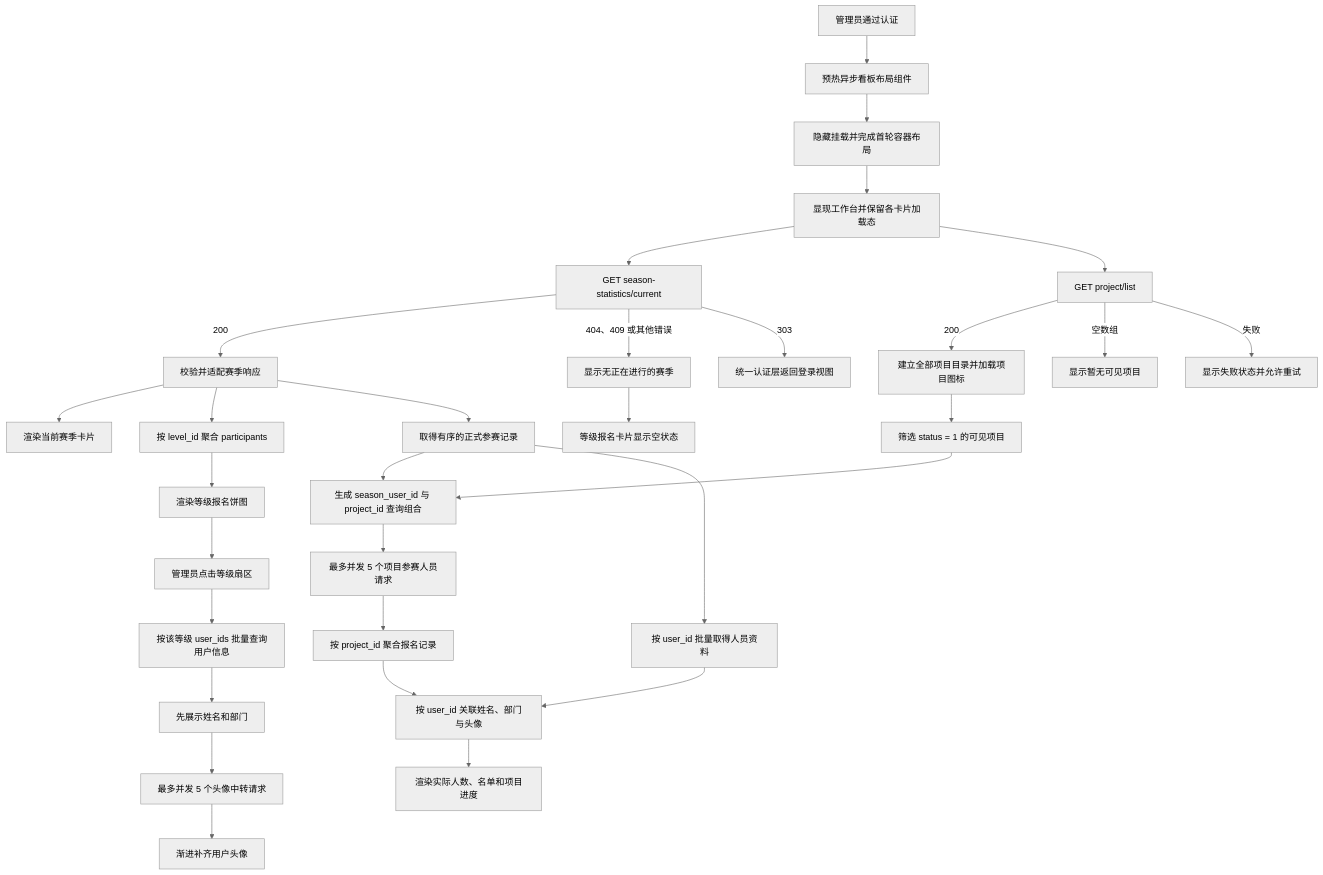
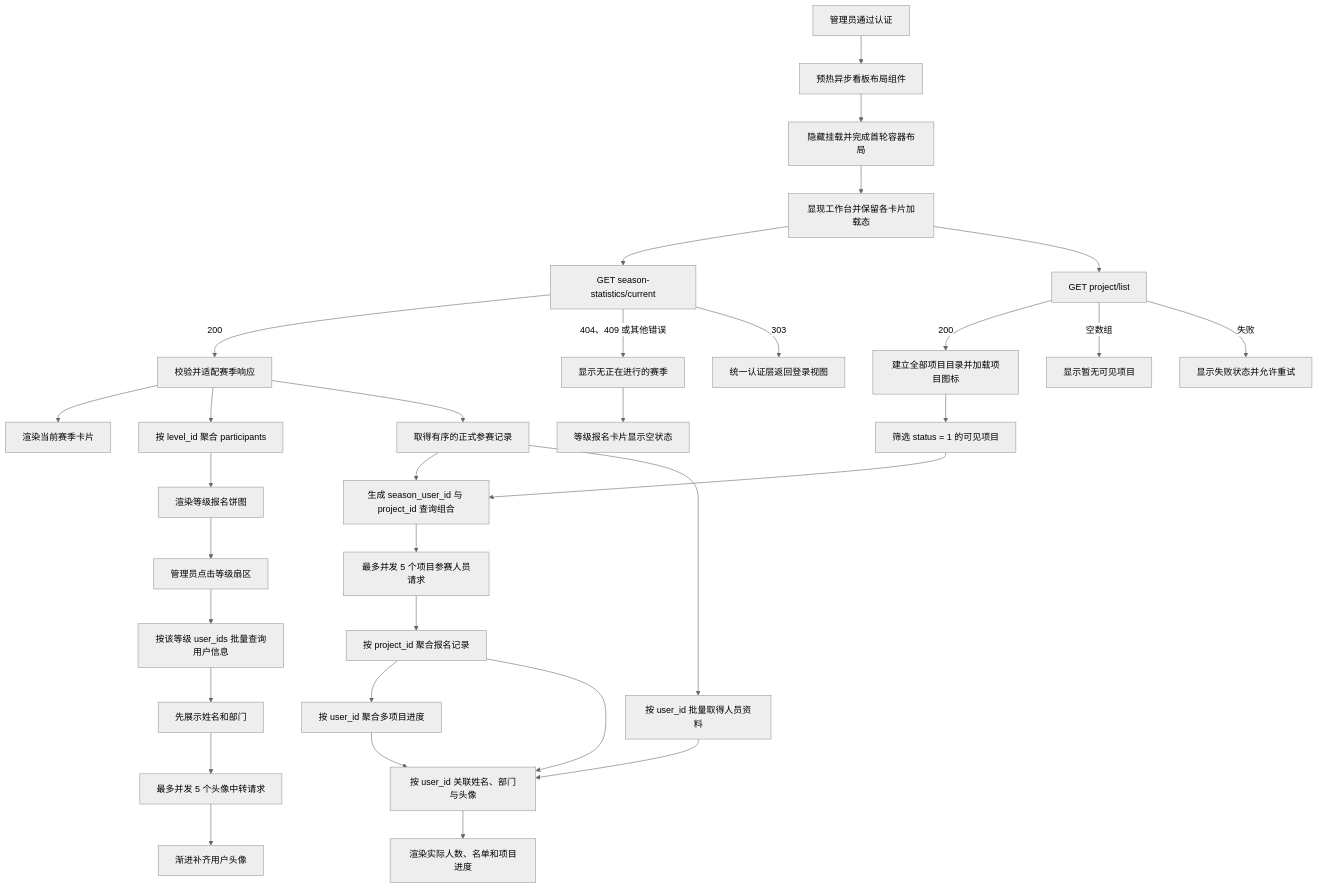
The diagram in description/features/dashboard.md (caicai-6666/flame-sport-pheno-manage-fe), drawn with Mermaid (neutral theme) before and after one commit. The commit also changed other lines of this file and 71 other files, not shown here.

````diff
--- a/description/features/dashboard.md
+++ b/description/features/dashboard.md
@@ -25,33 +26,35 @@
 ```mermaid
 flowchart TD
   A[管理员通过认证] --> A1[预热异步看板布局组件]
   A1 --> A2[隐藏挂载并完成首轮容器布局]
   A2 --> A3[显现工作台并保留各卡片加载态]
   A3 --> B[GET season-statistics/current]
   B -->|200| C[校验并适配赛季响应]
   C --> D[渲染当前赛季卡片]
   C --> E[按 level_id 聚合 participants]
   E --> F[渲染等级报名饼图]
   F --> J[管理员点击等级扇区]
   J --> K[按该等级 user_ids 批量查询用户信息]
   K --> L[先展示姓名和部门]
   L --> M[最多并发 5 个头像中转请求]
   M --> N[渐进补齐用户头像]
   B -->|404、409 或其他错误| G[显示无正在进行的赛季]
   G --> H[等级报名卡片显示空状态]
   B -->|303| I[统一认证层返回登录视图]
   A3 --> O[GET project/list]
   O -->|200| P[建立全部项目目录并加载项目图标]
   P --> P1[筛选 status = 1 的可见项目]
   C --> U[取得有序的正式参赛记录]
   P1 --> V[生成 season_user_id 与 project_id 查询组合]
   U --> V
   V --> W[最多并发 5 个项目参赛人员请求]
   W --> X[按 project_id 聚合报名记录]
+  X --> X1[按 user_id 聚合多项目进度]
   U --> Y[按 user_id 批量取得人员资料]
   X --> Z[按 user_id 关联姓名、部门与头像]
+  X1 --> Z
   Y --> Z
   Z --> T[渲染实际人数、名单和项目进度]
   O -->|空数组| Q[显示暂无可见项目]
   O -->|失败| R[显示失败状态并允许重试]
 ```
````
